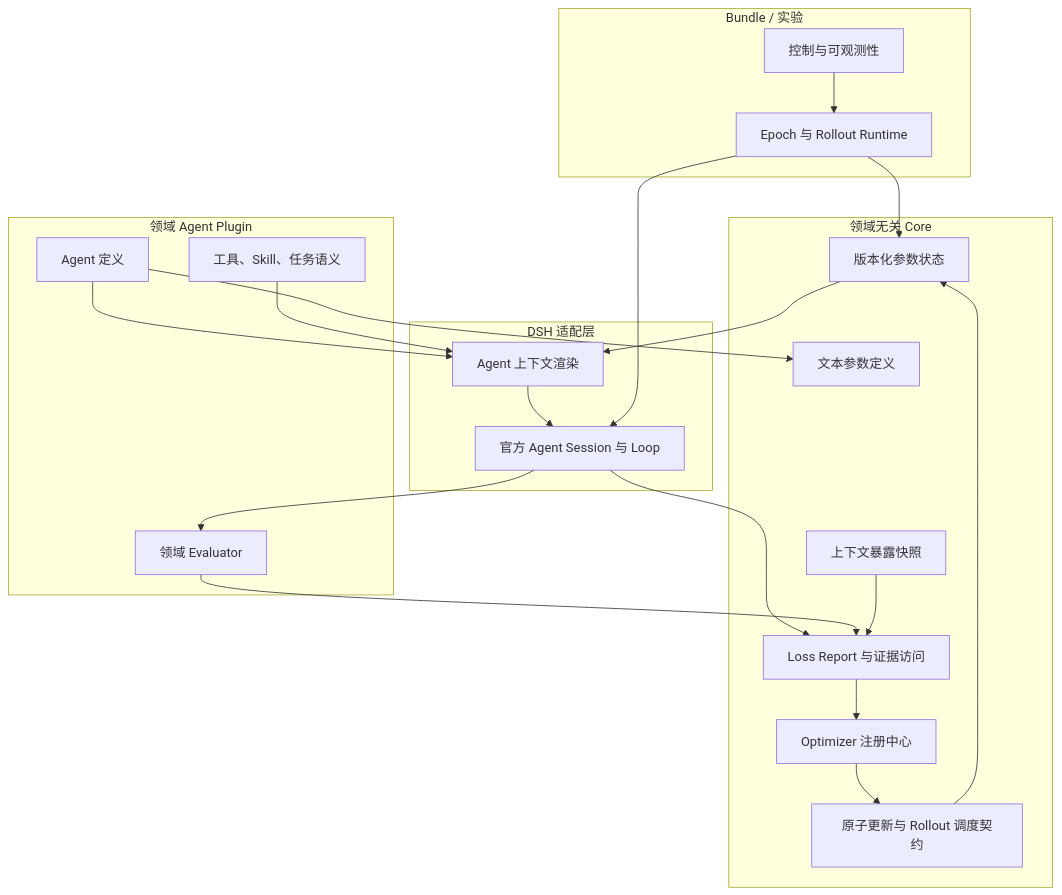
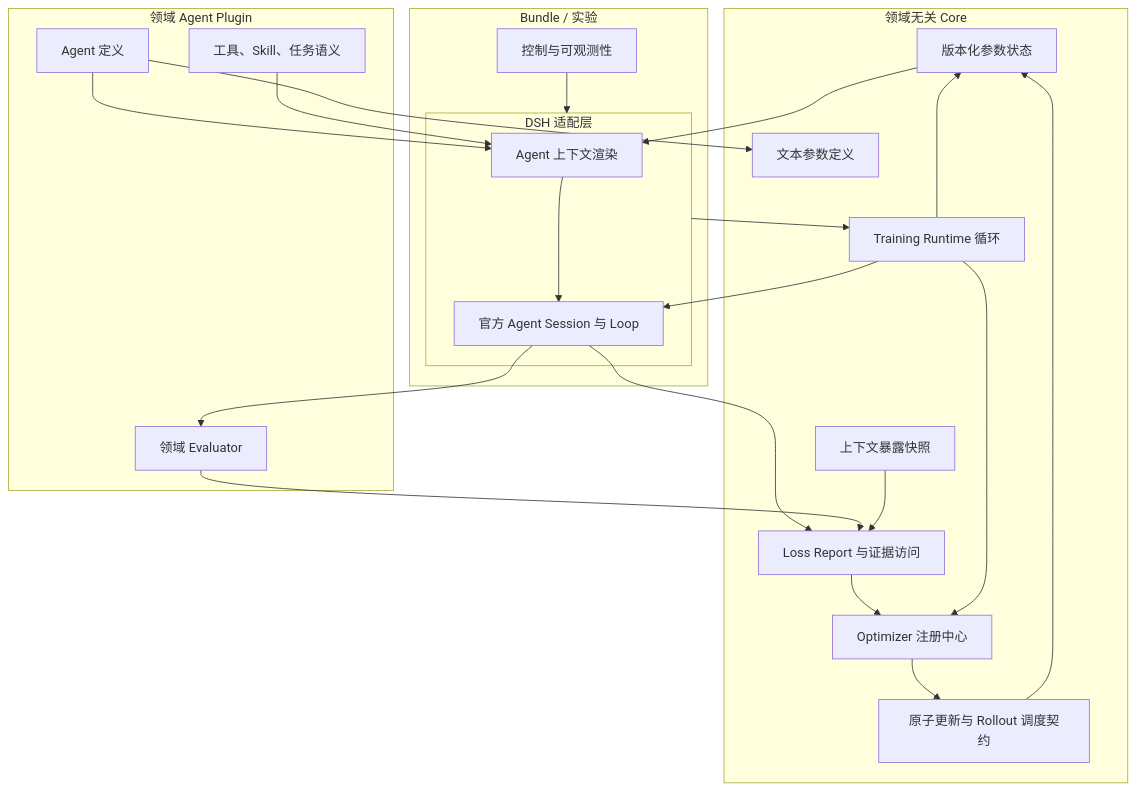
One commit to BruceLoveLee000/tokens-as-parameters changed the first of 3 diagrams in docs/zh-CN/architecture/token-optimization-core.md. Above: the diagram before and after it, drawn with Mermaid. The commit also changed other lines of this file and 31 other files, not shown here.

Commit message:
refactor: separate core training runtime from formal loss

````diff
--- a/docs/zh-CN/architecture/token-optimization-core.md
+++ b/docs/zh-CN/architecture/token-optimization-core.md
@@ -11,43 +11,46 @@
 ```mermaid
 flowchart TB
   subgraph Core[领域无关 Core]
     Registry[文本参数定义]
     State[版本化参数状态]
     Exposure[上下文暴露快照]
     Feedback[Loss Report 与证据访问]
     Contract[原子更新与 Rollout 调度契约]
     Optimizers[Optimizer 注册中心]
+    Loop[Training Runtime 循环]
   end
 
   subgraph Adapter[DSH 适配层]
     Renderer[Agent 上下文渲染]
     Sessions[官方 Agent Session 与 Loop]
   end
 
   subgraph Domain[领域 Agent Plugin]
     Definition[Agent 定义]
     Semantics[工具、Skill、任务语义]
     Evaluator[领域 Evaluator]
   end
 
   subgraph Product[Bundle / 实验]
-    Runtime[Epoch 与 Rollout Runtime]
+    Adapter[领域 Runtime Adapter]
     Controls[控制与可观测性]
   end
 
   Definition --> Registry
   Definition --> Renderer
   Semantics --> Renderer
   State --> Renderer
   Renderer --> Sessions
   Sessions --> Evaluator
   Sessions --> Feedback
   Evaluator --> Feedback
   Exposure --> Feedback
   Feedback --> Optimizers
   Optimizers --> Contract
   Contract --> State
-  Runtime --> Sessions
-  Runtime --> State
-  Controls --> Runtime
+  Adapter --> Loop
+  Loop --> Sessions
+  Loop --> State
+  Loop --> Optimizers
+  Controls --> Adapter
 ```
````
